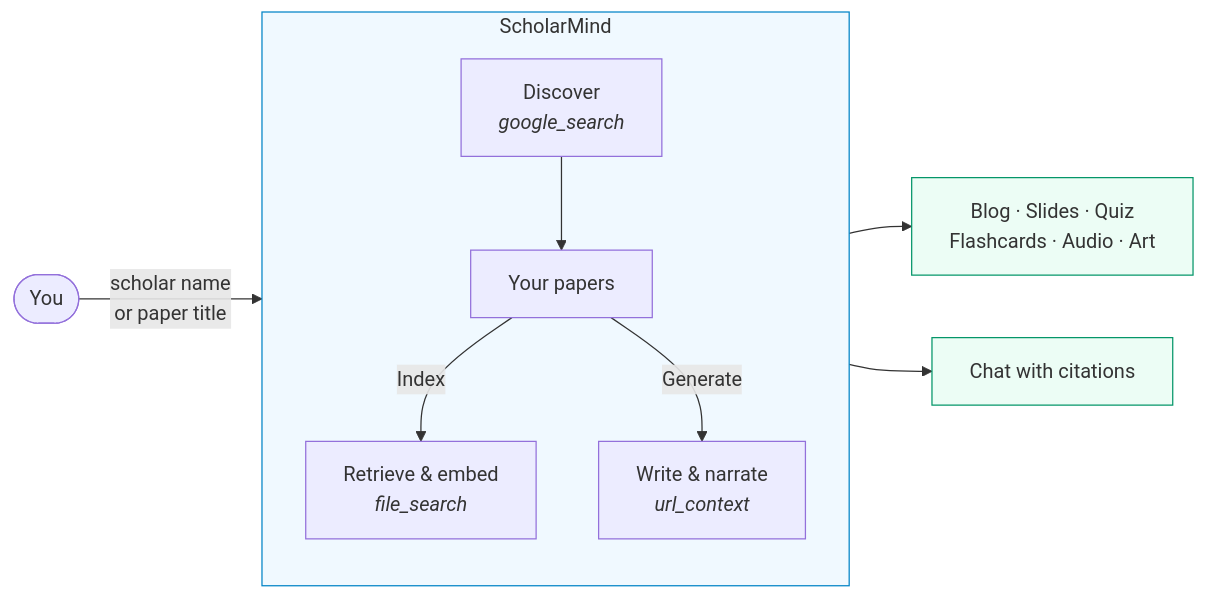
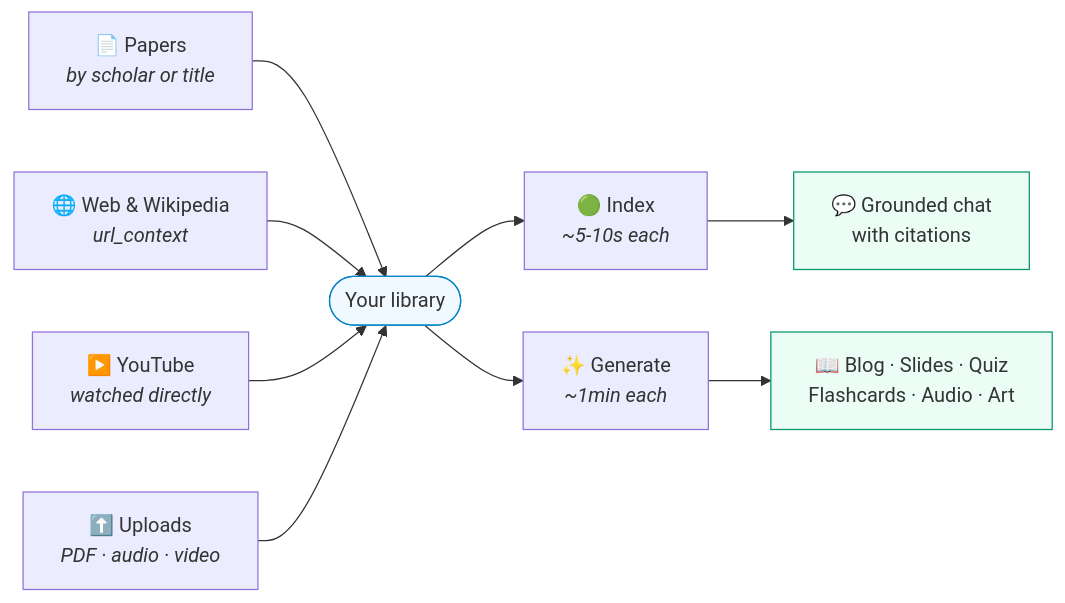
Before and after one commit to BuildGeekAI/scholar-mind: the first of 5 diagrams in README.md, drawn with Mermaid. The commit also changed other lines of this file and 6 other files, not shown here.

````diff
--- a/README.md
+++ b/README.md
@@ -11,18 +16,19 @@
 ```mermaid
 flowchart LR
-    U([You]) -->|"scholar name<br/>or paper title"| APP
+    P["📄 Papers<br/><i>by scholar or title</i>"] --> L
+    W["🌐 Web & Wikipedia<br/><i>url_context</i>"] --> L
+    Y["▶️ YouTube<br/><i>watched directly</i>"] --> L
+    U["⬆️ Uploads<br/><i>PDF · audio · video</i>"] --> L
 
-    subgraph APP["ScholarMind"]
-        direction TB
-        D["Discover<br/><i>google_search</i>"] --> P["Your papers"]
-        P -->|"Index"| X["Retrieve & embed<br/><i>file_search</i>"]
-        P -->|"Generate"| G["Write & narrate<br/><i>url_context</i>"]
-    end
+    L(["Your library"])
 
-    G --> OUT["Blog · Slides · Quiz<br/>Flashcards · Audio · Art"]
-    X --> C["Chat with citations"]
+    L --> IX["🟢 Index<br/><i>~5-10s each</i>"]
+    L --> GEN["✨ Generate<br/><i>~1min each</i>"]
 
-    style APP fill:#f0f9ff,stroke:#0284c7
-    style OUT fill:#ecfdf5,stroke:#059669
-    style C fill:#ecfdf5,stroke:#059669
+    IX --> Q["💬 Grounded chat<br/>with citations"]
+    GEN --> S["📖 Blog · Slides · Quiz<br/>Flashcards · Audio · Art"]
+
+    style L fill:#f0f9ff,stroke:#0284c7
+    style Q fill:#ecfdf5,stroke:#059669
+    style S fill:#ecfdf5,stroke:#059669
 ```
````
